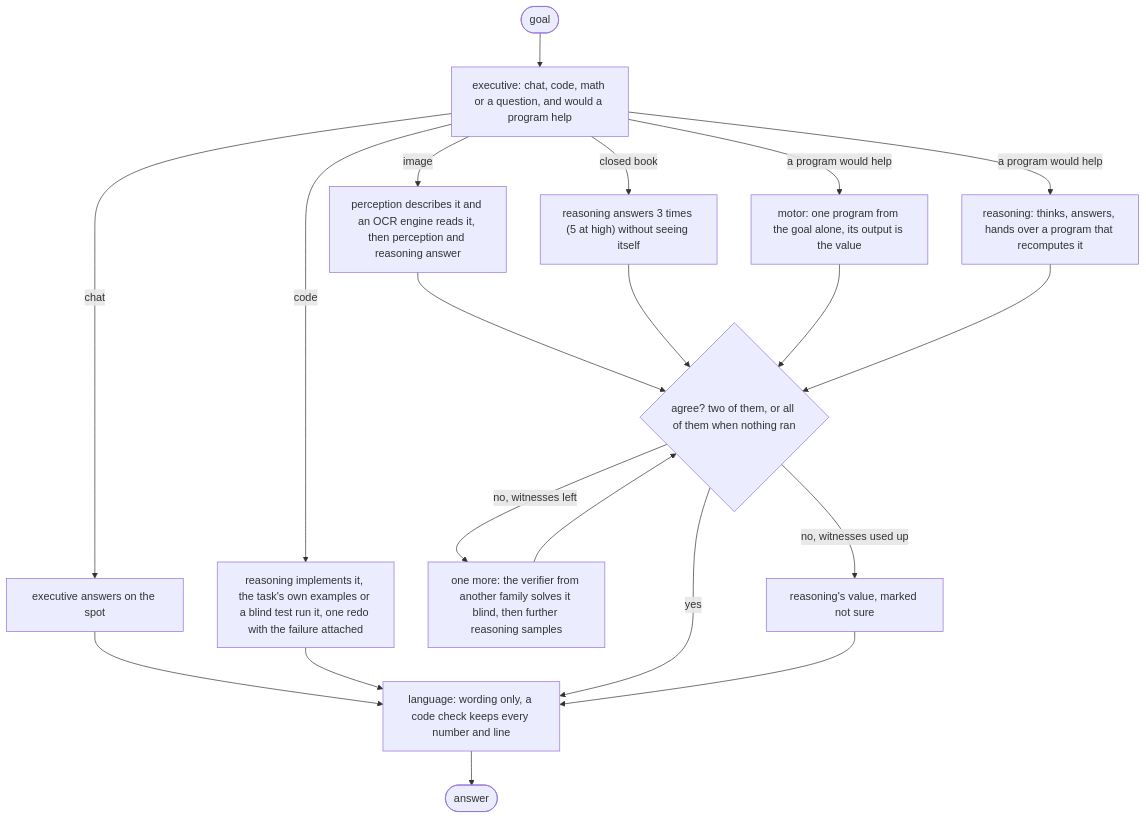
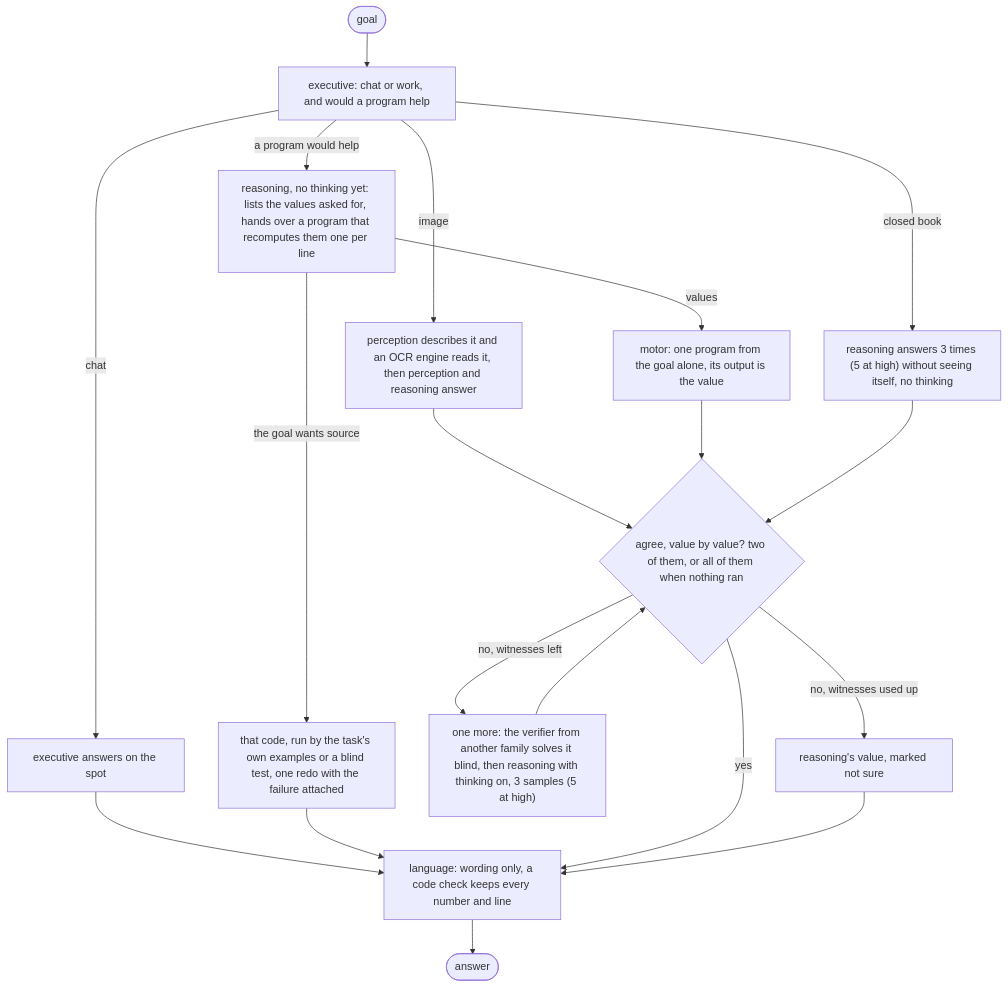
One commit to VecSzn/lobes changed the second of 2 diagrams in README.md. Above: the diagram before and after it, drawn with Mermaid. The commit also changed other lines of this file and 11 other files, not shown here.

Commit message:
one value per line agreed line by line; thinking opens only when the cheap witnesses disagree

````diff
--- a/README.md
+++ b/README.md
@@ -99,13 +99,13 @@
 ```mermaid
 flowchart TD
-  G(["goal"]) --> E["executive: chat, code, math or a question, and would a program help"]
+  G(["goal"]) --> E["executive: chat or work, and would a program help"]
   E -->|chat| F["executive answers on the spot"] --> L
-  E -->|code| C["reasoning implements it, the task's own examples or a blind test run it, one redo with the failure attached"] --> L
   E -->|image| P["perception describes it and an OCR engine reads it, then perception and reasoning answer"] --> A
-  E -->|a program would help| M["motor: one program from the goal alone, its output is the value"] & R["reasoning: thinks, answers, hands over a program that recomputes it"]
-  E -->|closed book| Q["reasoning answers 3 times (5 at high) without seeing itself"] --> A
-  M & R --> A{"agree? two of them, or all of them when nothing ran"}
-  A -->|no, witnesses left| V["one more: the verifier from another family solves it blind, then further reasoning samples"] --> A
+  E -->|a program would help| R["reasoning, no thinking yet: lists the values asked for, hands over a program that recomputes them one per line"]
+  R -->|the goal wants source| C["that code, run by the task's own examples or a blind test, one redo with the failure attached"] --> L
+  R -->|values| M["motor: one program from the goal alone, its output is the value"] --> A{"agree, value by value? two of them, or all of them when nothing ran"}
+  E -->|closed book| Q["reasoning answers 3 times (5 at high) without seeing itself, no thinking"] --> A
+  A -->|no, witnesses left| V["one more: the verifier from another family solves it blind, then reasoning with thinking on, 3 samples (5 at high)"] --> A
   A -->|yes| L["language: wording only, a code check keeps every number and line"] --> ANS(["answer"])
   A -->|no, witnesses used up| H["reasoning's value, marked not sure"] --> L
 ```
````
